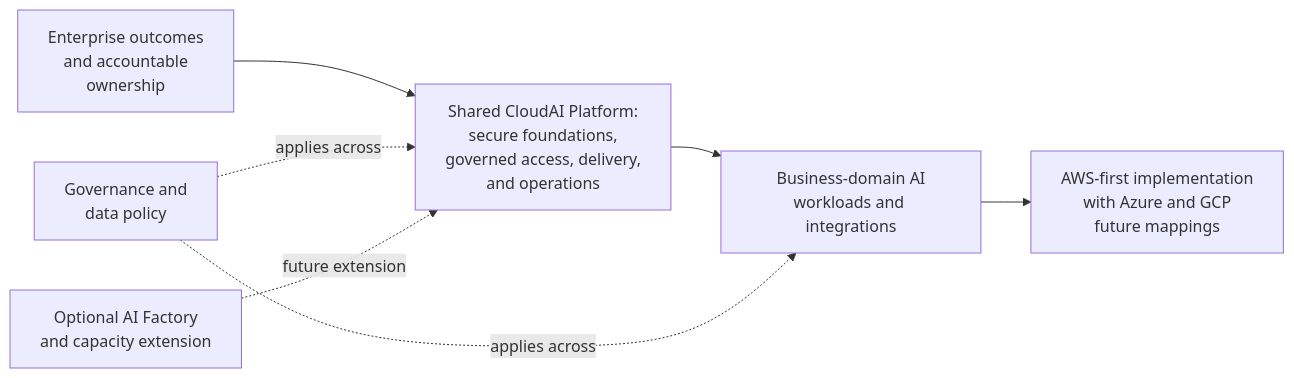
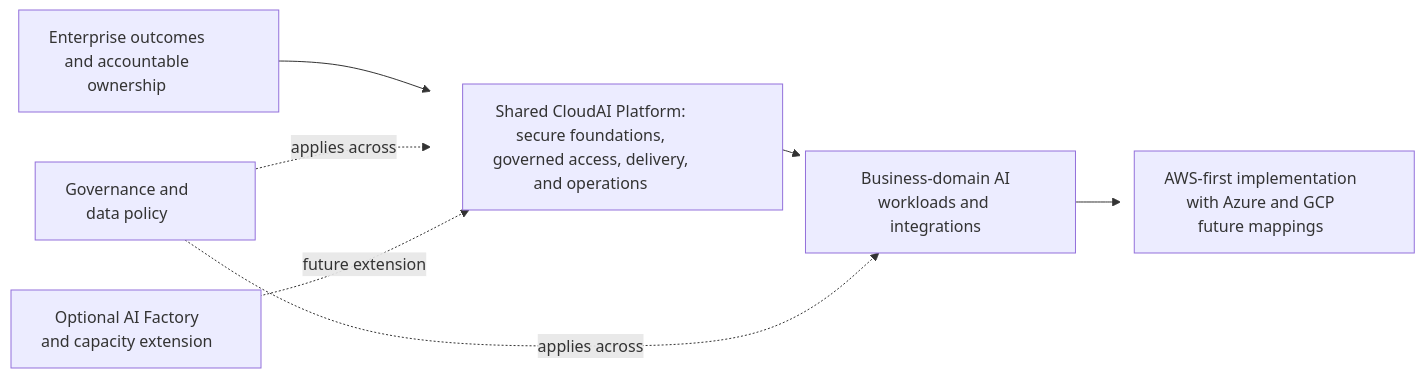
The diagram in README.md (afaryy/cloudai-platform), drawn with Mermaid before and after one commit. The commit also changed 1 other file, not shown here.

Commit message:
docs: widen architecture diagram nodes

````diff
--- a/README.md
+++ b/README.md
@@ -15,14 +15,21 @@
 ```mermaid
 flowchart LR
   context["Enterprise outcomes<br/>and accountable<br/>ownership"]
   policy["Governance and<br/>data policy"]
   platform["Shared CloudAI Platform:<br/>secure foundations,<br/>governed access, delivery,<br/>and operations"]
   workloads["Business-domain AI<br/>workloads and integrations"]
   providers["AWS-first implementation<br/>with Azure and GCP<br/>future mappings"]
   capacity["Optional AI Factory<br/>and capacity extension"]
 
   context --> platform --> workloads --> providers
   policy -. "applies across" .-> platform
   policy -. "applies across" .-> workloads
   capacity -. "future extension" .-> platform
+
+  style context width:260px
+  style policy width:220px
+  style platform width:320px
+  style workloads width:270px
+  style providers width:280px
+  style capacity width:250px
 ```
````
